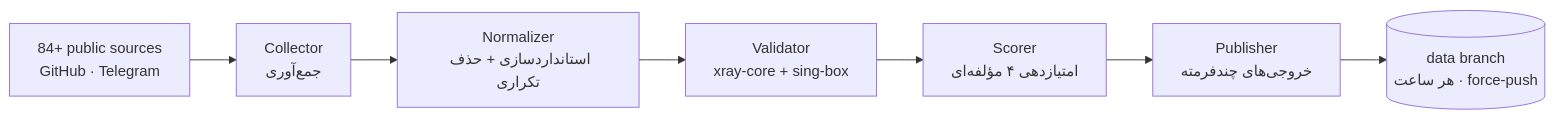
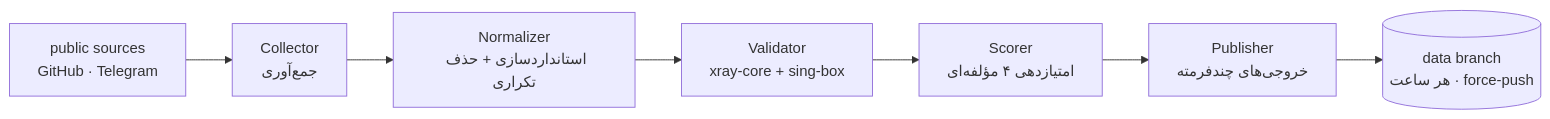
Before and after one commit to Edsel-Rahimi/Ariston: the diagram in README.md, drawn with Mermaid. The commit also changed other lines of this file and 17 other files, not shown here.

````diff
--- a/README.md
+++ b/README.md
@@ -96,9 +132,9 @@
 ```mermaid
 flowchart LR
-    A["84+ public sources<br/>GitHub · Telegram"] --> B["Collector<br/>جمع‌آوری"]
+    A["public sources<br/>GitHub · Telegram"] --> B["Collector<br/>جمع‌آوری"]
     B --> C["Normalizer<br/>استانداردسازی + حذف تکراری"]
     C --> D["Validator<br/>xray-core + sing-box"]
     D --> E["Scorer<br/>امتیازدهی ۴ مؤلفه‌ای"]
     E --> F["Publisher<br/>خروجی‌های چندفرمته"]
     F --> G[("data branch<br/>هر ساعت · force-push")]
 ```
````
